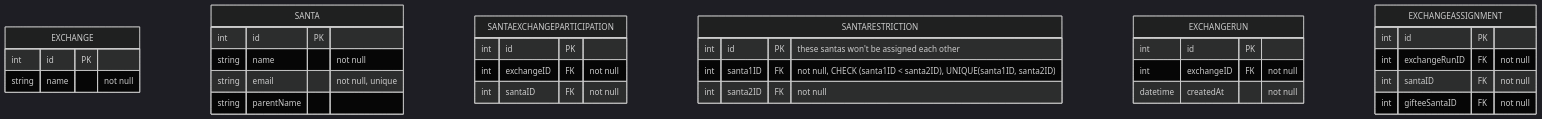
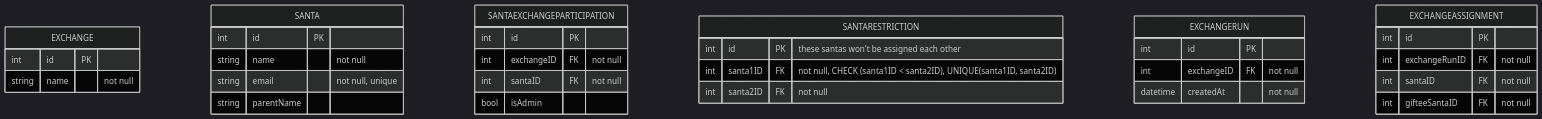
Before and after one commit to pocketry/SecretSantaApp: the diagram in readme.md, drawn with Mermaid (dark theme). The commit also changed 4 other files, not shown here.

````diff
--- a/readme.md
+++ b/readme.md
@@ -10,39 +10,40 @@
 ```mermaid
 erDiagram
     EXCHANGE {
         int id PK
         string name "not null"
     }
 
     SANTA {
         int id PK
         string name "not null"
         string email "not null, unique"
         string parentName
     }
 
     SANTAEXCHANGEPARTICIPATION {
         int id PK
         int exchangeID FK "not null"
         int santaID FK "not null"
+        bool isAdmin
     }
 
     SANTARESTRICTION {
         int id PK "these santas won't be assigned each other"
         int santa1ID FK "not null, CHECK (santa1ID < santa2ID), UNIQUE(santa1ID, santa2ID)"
         int santa2ID FK "not null"
     }
 
     EXCHANGERUN {
         int id PK
         int exchangeID FK "not null"
         datetime createdAt "not null"
     }
 
     EXCHANGEASSIGNMENT {
         int id PK
         int exchangeRunID FK "not null"
         int santaID FK "not null"
         int gifteeSantaID FK "not null"
     }
 ```
````
